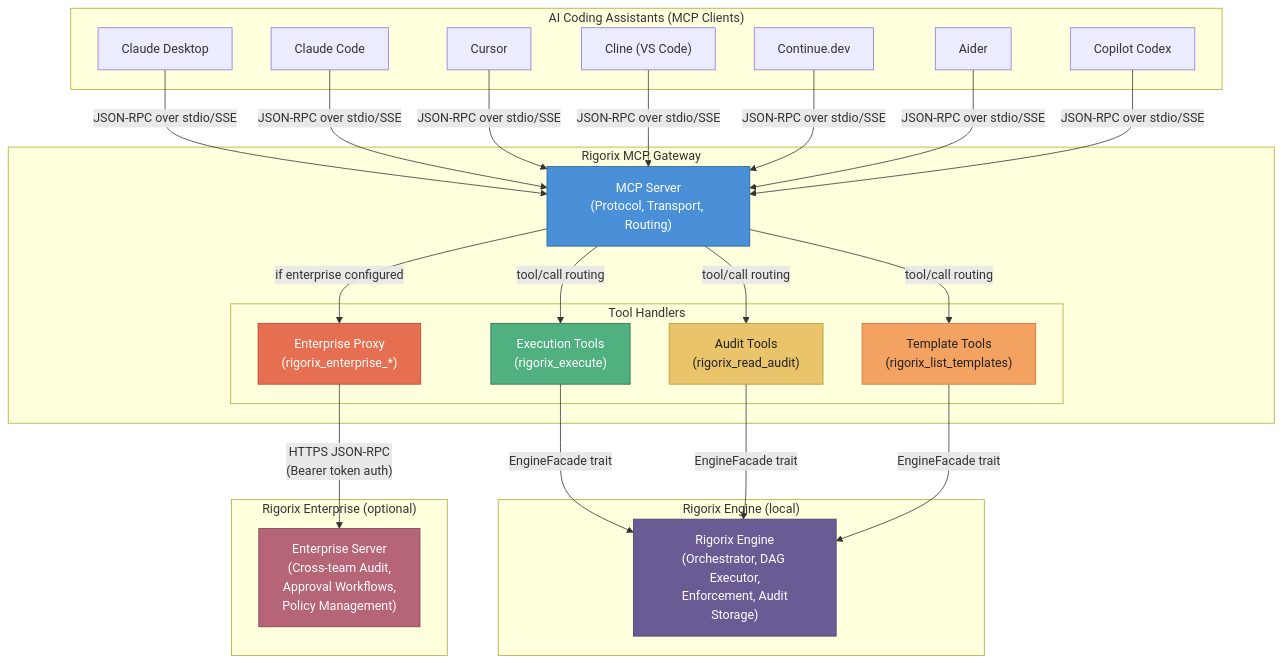
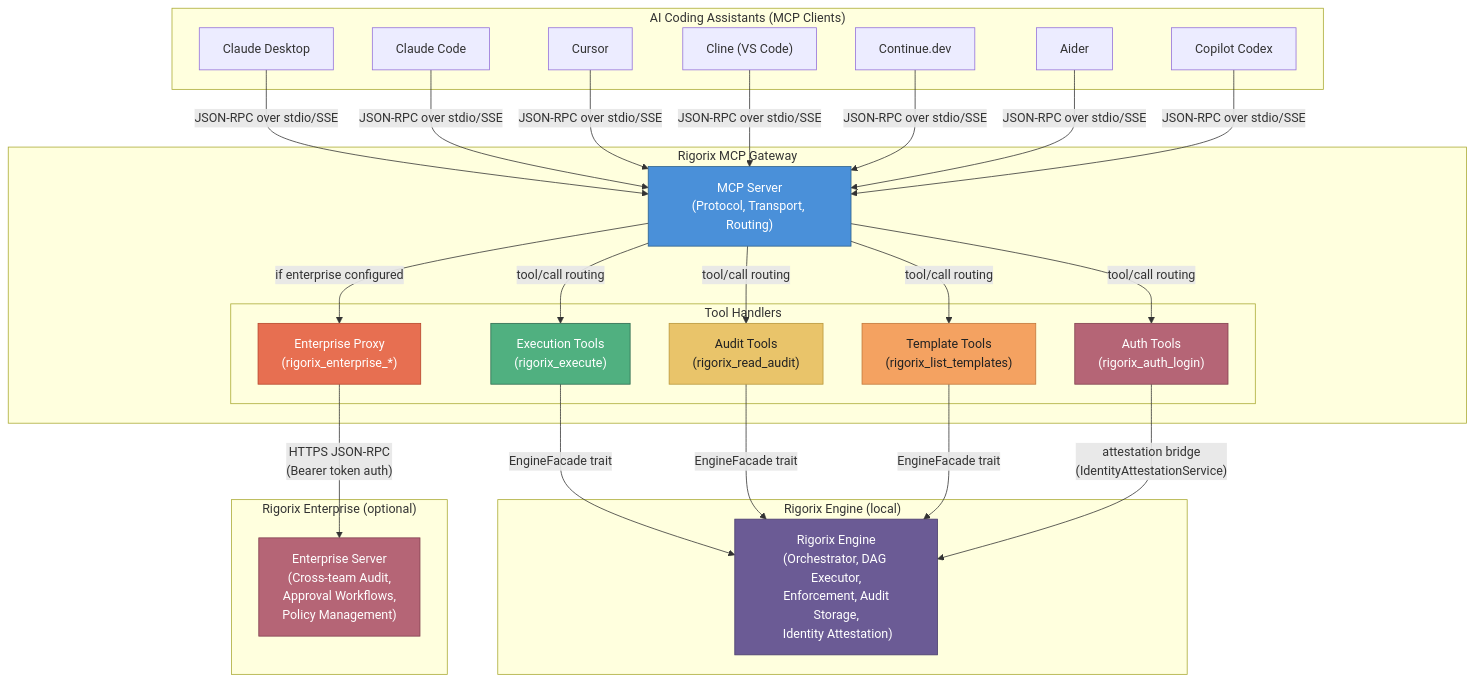
Before and after one commit to arman-jalili/rigorix-oss: the diagram in mcp/.pi/architecture/diagrams/system-context.md, drawn with Mermaid. The commit also changed other lines of this file and 25 other files, not shown here.

First line of the commit message:
docs(architecture): contract freeze for approval binding + identity attestation

````diff
--- a/mcp/.pi/architecture/diagrams/system-context.md
+++ b/mcp/.pi/architecture/diagrams/system-context.md
@@ -9,51 +9,55 @@
 ```mermaid
 graph TB
     subgraph "AI Coding Assistants (MCP Clients)"
         AC1["Claude Desktop"]
         AC2["Claude Code"]
         AC3["Cursor"]
         AC4["Cline (VS Code)"]
         AC5["Continue.dev"]
         AC6["Aider"]
         AC7["Copilot Codex"]
     end
 
     subgraph "Rigorix MCP Gateway"
         MCP["MCP Server\n(Protocol, Transport, Routing)"]
 
         subgraph "Tool Handlers"
             EXEC["Execution Tools\n(rigorix_execute)"]
             AUDIT["Audit Tools\n(rigorix_read_audit)"]
             TEMPL["Template Tools\n(rigorix_list_templates)"]
+            AUTH["Auth Tools\n(rigorix_auth_login)"]
             EP["Enterprise Proxy\n(rigorix_enterprise_*)"]
         end
     end
 
     subgraph "Rigorix Engine (local)"
-        ENG["Rigorix Engine\n(Orchestrator, DAG Executor,\n Enforcement, Audit Storage)"]
+        ENG["Rigorix Engine\n(Orchestrator, DAG Executor,\n Enforcement, Audit Storage,\n Identity Attestation)"]
     end
 
     subgraph "Rigorix Enterprise (optional)"
         ENT["Enterprise Server\n(Cross-team Audit,\n Approval Workflows,\n Policy Management)"]
     end
 
     AC1 & AC2 & AC3 & AC4 & AC5 & AC6 & AC7 -->|"JSON-RPC over stdio/SSE"| MCP
     MCP -->|"tool/call routing"| EXEC
     MCP -->|"tool/call routing"| AUDIT
     MCP -->|"tool/call routing"| TEMPL
+    MCP -->|"tool/call routing"| AUTH
     MCP -->|"if enterprise configured"| EP
 
     EXEC -->|"EngineFacade trait"| ENG
     AUDIT -->|"EngineFacade trait"| ENG
     TEMPL -->|"EngineFacade trait"| ENG
+    AUTH -->|"attestation bridge\n(IdentityAttestationService)"| ENG
 
     EP -->|"HTTPS JSON-RPC\n(Bearer token auth)"| ENT
 
     style MCP fill:#4a90d9,stroke:#2c5f8a,color:#fff
     style EXEC fill:#50b080,stroke:#2d6a4f,color:#fff
     style AUDIT fill:#e9c46a,stroke:#b8973a,color:#222
     style TEMPL fill:#f4a261,stroke:#c1773a,color:#222
+    style AUTH fill:#b56576,stroke:#803f4e,color:#fff
     style EP fill:#e76f51,stroke:#b5452a,color:#fff
     style ENG fill:#6b5b95,stroke:#4a3d6e,color:#fff
     style ENT fill:#b56576,stroke:#803f4e,color:#fff
 ```
````
